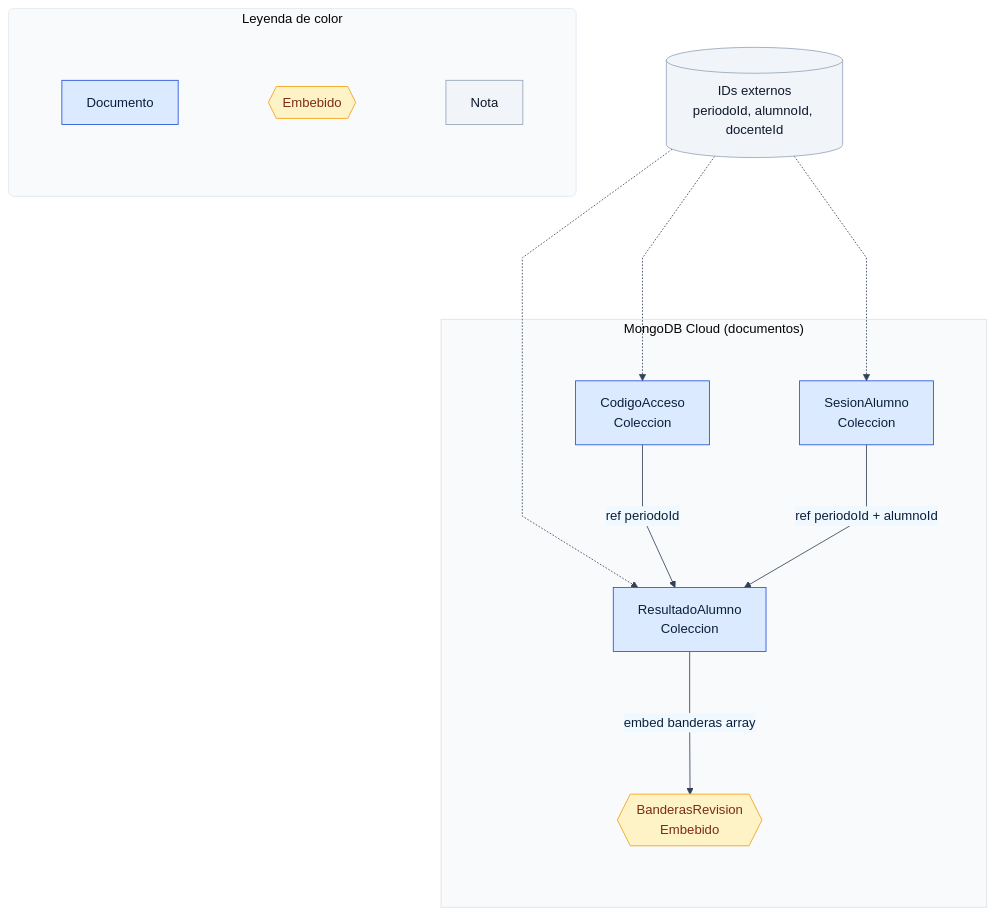
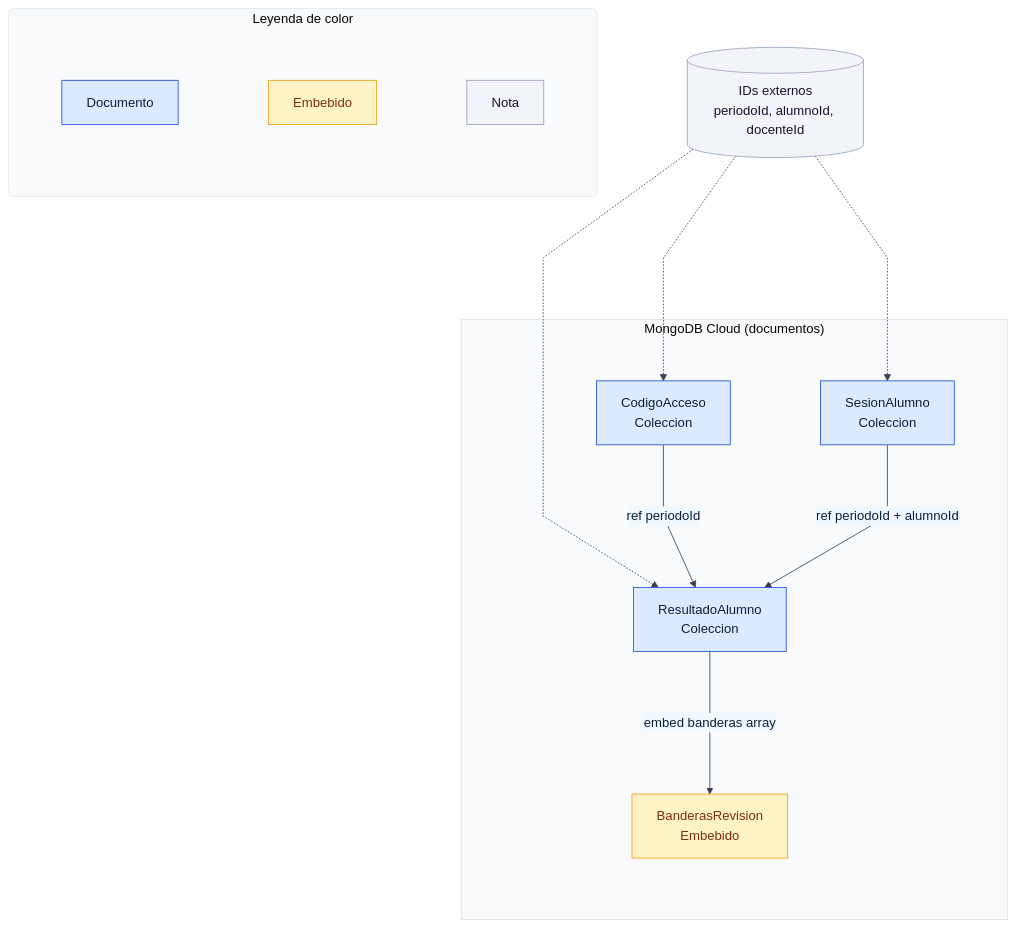
One commit to Dtcsrni/proyecto_MERN changed the diagram in docs/diagramas/src/datos/modelo-datos-cloud.mmd. Above: the diagram before and after it, drawn with Mermaid. The commit also changed 20 other files, not shown here.

First line of the commit message:
feat(diagramas): add rendering script and configuration for Mermaid diagrams

```diff
--- a/docs/diagramas/src/datos/modelo-datos-cloud.mmd
+++ b/docs/diagramas/src/datos/modelo-datos-cloud.mmd
@@ -1,42 +1,42 @@
 %%{init: {"theme":"base","fontFamily":"Segoe UI, Arial, sans-serif","fontSize":22,"themeVariables":{"fontFamily":"Segoe UI, Arial, sans-serif","fontSize":22,"primaryColor":"#e8f1ff","primaryBorderColor":"#3b82f6","primaryTextColor":"#0b1f3a","secondaryColor":"#f0f9ff","tertiaryColor":"#f8fafc","lineColor":"#334155","textColor":"#0f172a","noteBkgColor":"#fff7cc","noteTextColor":"#713f12","noteBorderColor":"#eab308","actorBkg":"#1e3a8a","actorBorder":"#1e40af","actorTextColor":"#ffffff","labelBoxBkgColor":"#e8f1ff","labelBoxBorderColor":"#3b82f6","labelTextColor":"#0b1f3a"},"flowchart":{"curve":"linear","nodeSpacing":110,"rankSpacing":150},"sequence":{"actorMargin":70,"messageMargin":45}}}%%
 %% AUTO:START system_model
 %% Generado por scripts/diagramas.mjs (no editar este bloque)
 %% Backend:
 %% - prefijo: /api
 %% - montajes publicos: /autenticacion, /salud
 %% - montajes protegidos: /alumnos, /analiticas, /banco-preguntas, /calificaciones, /entregas, /examenes, /omr, /periodos, /sincronizaciones
 %% Portal alumno cloud:
 %% - prefijo: /api/portal
 %% - GET: /examen/:folio, /resultados, /resultados/:folio, /salud
 %% - POST: /eventos-uso, /ingresar, /limpiar, /sincronizar
 %% AUTO:END system_model
 flowchart TB
     classDef collection fill:#dbeafe,stroke:#1d4ed8,color:#0b1f3a;
     classDef embedded fill:#fef3c7,stroke:#f59e0b,color:#7c2d12;
     classDef note fill:#f1f5f9,stroke:#94a3b8,color:#0f172a;
 
   subgraph CloudDB["MongoDB Cloud (documentos)"]
     CodigoAcceso[CodigoAcceso<br/>Coleccion]:::collection
     SesionAlumno[SesionAlumno<br/>Coleccion]:::collection
     ResultadoAlumno[ResultadoAlumno<br/>Coleccion]:::collection
-    Banderas{{BanderasRevision<br/>Embebido}}:::embedded
+    Banderas[BanderasRevision<br/>Embebido]:::embedded
   end
 
   External[(IDs externos<br/>periodoId, alumnoId, docenteId)]:::note
 
   External -.-> CodigoAcceso
   External -.-> SesionAlumno
   External -.-> ResultadoAlumno
 
   CodigoAcceso -->|ref periodoId| ResultadoAlumno
   SesionAlumno -->|ref periodoId + alumnoId| ResultadoAlumno
   ResultadoAlumno -->|embed banderas array| Banderas
 
 %% LEYENDA_COLOR
   subgraph Leyenda["Leyenda de color"]
     direction TB
     lgCollection[Documento]:::collection
-    lgEmbedded{{Embebido}}:::embedded
+    lgEmbedded[Embebido]:::embedded
     lgNote[Nota]:::note
   end
   style Leyenda fill:#f8fafc,stroke:#e2e8f0,stroke-width:1px,rx:6,ry:6
```
